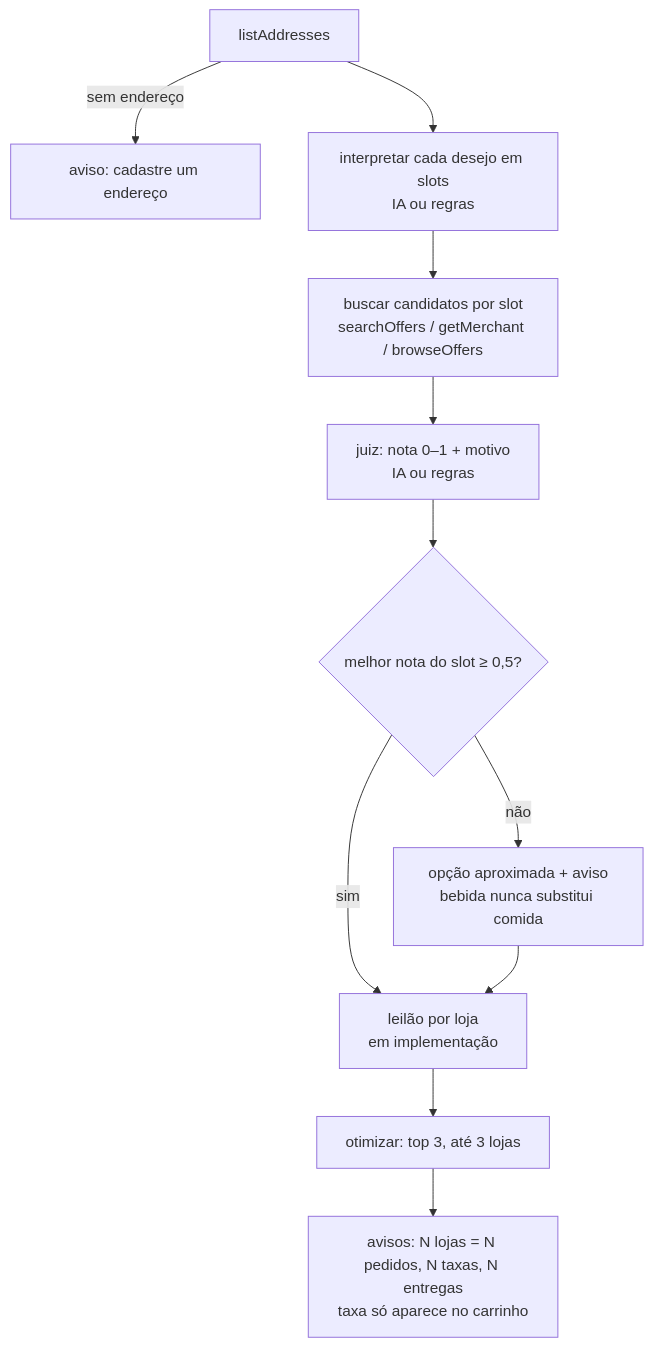
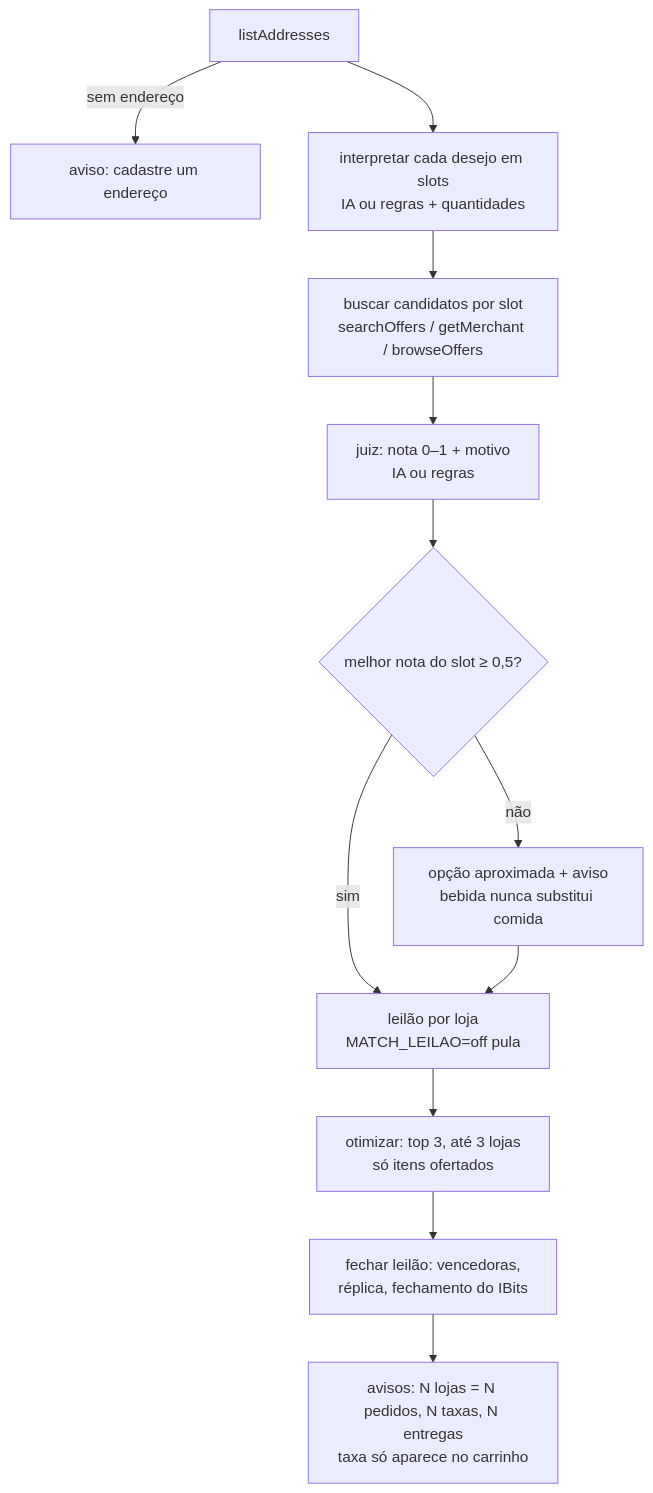
One commit to scorpion-bits/Hackaton-Ifood changed the third of 5 diagrams in docs/tecnico.md. Above: the diagram before and after it, drawn with Mermaid. The commit also changed other lines of this file and 4 other files, not shown here.

First line of the commit message:
docs: doc técnico e README sem "em implementação", "Avaliar em 5 minutos" e top 3 do feedback do MCP

````diff
--- a/docs/tecnico.md
+++ b/docs/tecnico.md
@@ -149,13 +150,15 @@
 ```mermaid
 flowchart TD
   A[listAddresses] -->|sem endereço| X1[aviso: cadastre um endereço]
-  A --> B[interpretar cada desejo em slots<br/>IA ou regras]
+  A --> B[interpretar cada desejo em slots<br/>IA ou regras + quantidades]
   B --> C[buscar candidatos por slot<br/>searchOffers / getMerchant / browseOffers]
   C --> D[juiz: nota 0–1 + motivo<br/>IA ou regras]
   D --> E{melhor nota do slot ≥ 0,5?}
   E -->|não| F[opção aproximada + aviso<br/>bebida nunca substitui comida]
   E -->|sim| G
-  F --> G[leilão por loja<br/>em implementação]
-  G --> H[otimizar: top 3, até 3 lojas]
-  H --> I[avisos: N lojas = N pedidos, N taxas, N entregas<br/>taxa só aparece no carrinho]
+  F --> G[leilão por loja<br/>MATCH_LEILAO=off pula]
+  G --> H[otimizar: top 3, até 3 lojas<br/>só itens ofertados]
+  H --> J[fechar leilão: vencedoras,<br/>réplica, fechamento do IBits]
+  J --> I
+  I[avisos: N lojas = N pedidos, N taxas, N entregas<br/>taxa só aparece no carrinho]
 ```
````
